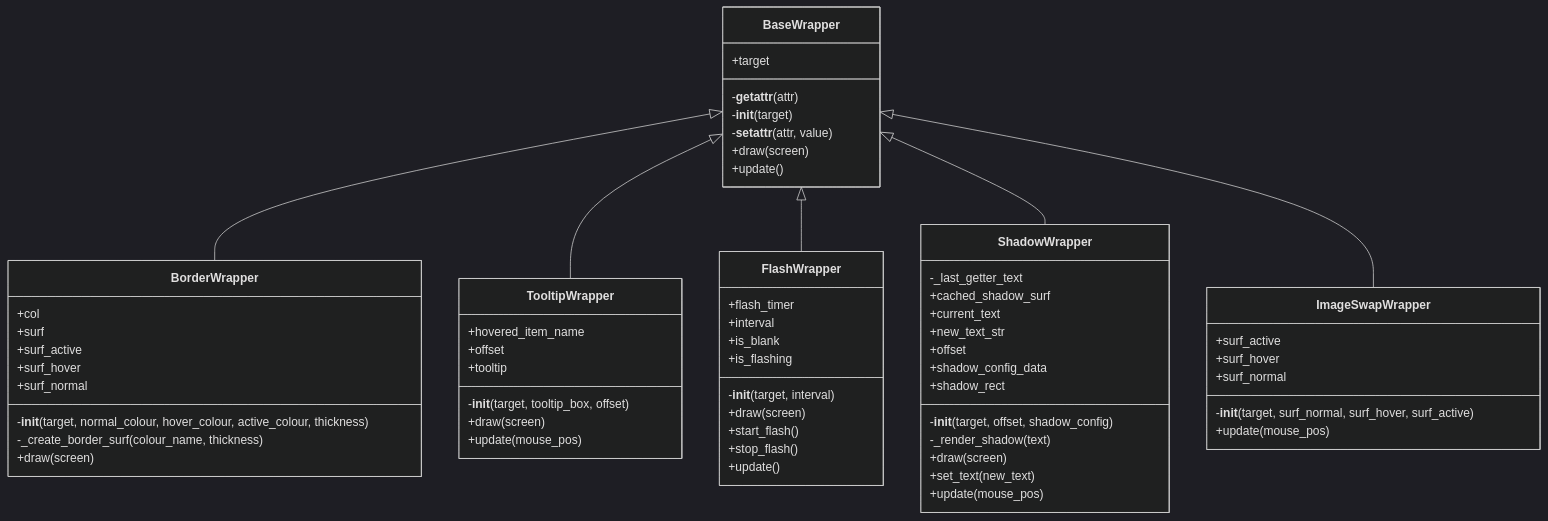
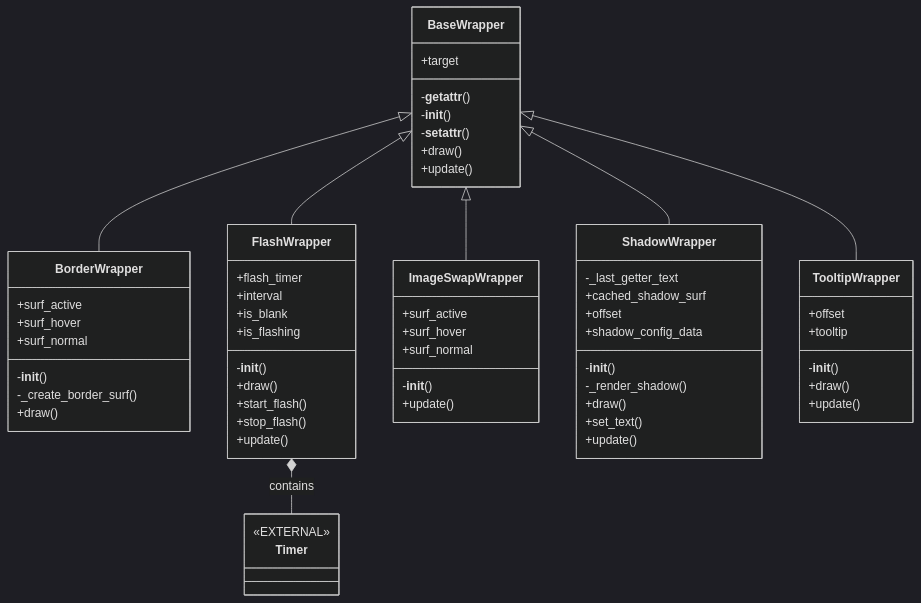
Before and after one commit to FlamboyantKiwi/Python-Plant-Sim: the diagram in uml/wrappers_uml.md, drawn with Mermaid (dark theme). The commit also changed 16 other files, not shown here.

First line of the commit message:
Add wiki UML generator and refresh UML docs

````diff
--- a/uml/wrappers_uml.md
+++ b/uml/wrappers_uml.md
@@ -1,66 +1,64 @@
 ```mermaid
 classDiagram
     BaseWrapper <|-- BorderWrapper
+    BaseWrapper <|-- FlashWrapper
+    BaseWrapper <|-- ImageSwapWrapper
+    BaseWrapper <|-- ShadowWrapper
     BaseWrapper <|-- TooltipWrapper
-    BaseWrapper <|-- FlashWrapper
-    BaseWrapper <|-- ShadowWrapper
-    BaseWrapper <|-- ImageSwapWrapper
+    FlashWrapper *-- Timer : contains
+    class Timer {
+        <<EXTERNAL>>
+    }
+    class BaseWrapper {
+        +target
+        -__getattr__()
+        -__init__()
+        -__setattr__()
+        +draw()
+        +update()
+    }
     class BorderWrapper {
-        +col
-        +surf
         +surf_active
         +surf_hover
         +surf_normal
-        -__init__(target, normal_colour, hover_colour, active_colour, thickness)
-        -_create_border_surf(colour_name, thickness)
-        +draw(screen)
-    }
-    class TooltipWrapper {
-        +hovered_item_name
-        +offset
-        +tooltip
-        -__init__(target, tooltip_box, offset)
-        +draw(screen)
-        +update(mouse_pos)
+        -__init__()
+        -_create_border_surf()
+        +draw()
     }
     class FlashWrapper {
         +flash_timer
         +interval
         +is_blank
         +is_flashing
-        -__init__(target, interval)
-        +draw(screen)
+        -__init__()
+        +draw()
         +start_flash()
         +stop_flash()
-        +update()
-    }
-    class ShadowWrapper {
-        -_last_getter_text
-        +cached_shadow_surf
-        +current_text
-        +new_text_str
-        +offset
-        +shadow_config_data
-        +shadow_rect
-        -__init__(target, offset, shadow_config)
-        -_render_shadow(text)
-        +draw(screen)
-        +set_text(new_text)
-        +update(mouse_pos)
-    }
-    class BaseWrapper {
-        +target
-        -__getattr__(attr)
-        -__init__(target)
-        -__setattr__(attr, value)
-        +draw(screen)
         +update()
     }
     class ImageSwapWrapper {
         +surf_active
         +surf_hover
         +surf_normal
-        -__init__(target, surf_normal, surf_hover, surf_active)
-        +update(mouse_pos)
+        -__init__()
+        +update()
+    }
+    class ShadowWrapper {
+        -_last_getter_text
+        +cached_shadow_surf
+        +offset
+        +shadow_config_data
+        -__init__()
+        -_render_shadow()
+        +draw()
+        +set_text()
+        +update()
+    }
+    class TooltipWrapper {
+        +offset
+        +tooltip
+        -__init__()
+        +draw()
+        +update()
     }
 ```
````
